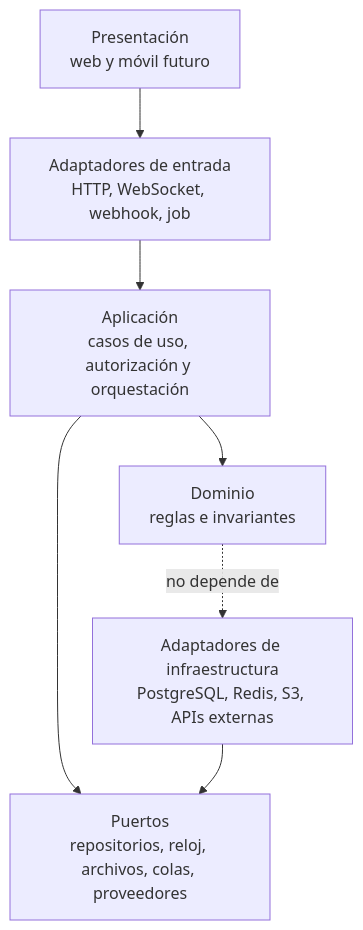
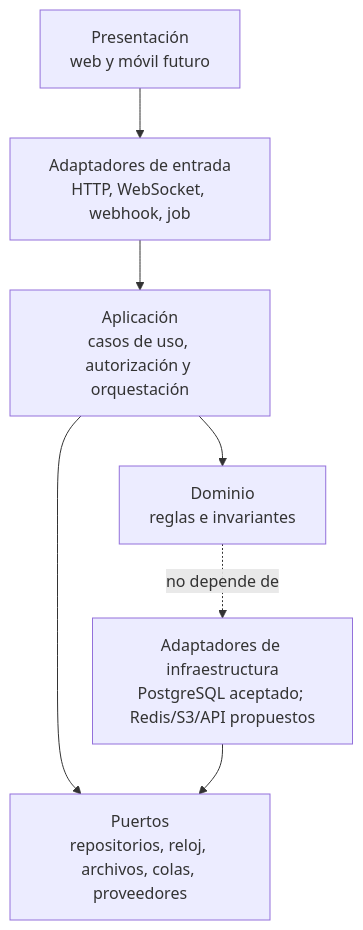
The first of 2 diagrams in docs/architecture/APPLICATION_ARCHITECTURE.md (luisgtzaviles/SrTaller-2.0), drawn with Mermaid before and after one commit. The commit also changed other lines of this file and 54 other files, not shown here.

Commit message:
docs: accept PostgreSQL persistence baseline

````diff
--- a/docs/architecture/APPLICATION_ARCHITECTURE.md
+++ b/docs/architecture/APPLICATION_ARCHITECTURE.md
@@ -35,16 +36,16 @@
 ```mermaid
 flowchart TB
     UI[Presentación\nweb y móvil futuro]
     Transport[Adaptadores de entrada\nHTTP, WebSocket, webhook, job]
     App[Aplicación\ncasos de uso, autorización y orquestación]
     Domain[Dominio\nreglas e invariantes]
     Ports[Puertos\nrepositorios, reloj, archivos, colas, proveedores]
-    Infra[Adaptadores de infraestructura\nPostgreSQL, Redis, S3, APIs externas]
+    Infra[Adaptadores de infraestructura\nPostgreSQL aceptado; Redis/S3/API propuestos]
 
     UI --> Transport
     Transport --> App
     App --> Domain
     App --> Ports
     Domain -. no depende de .-> Infra
     Infra --> Ports
 ```
````
